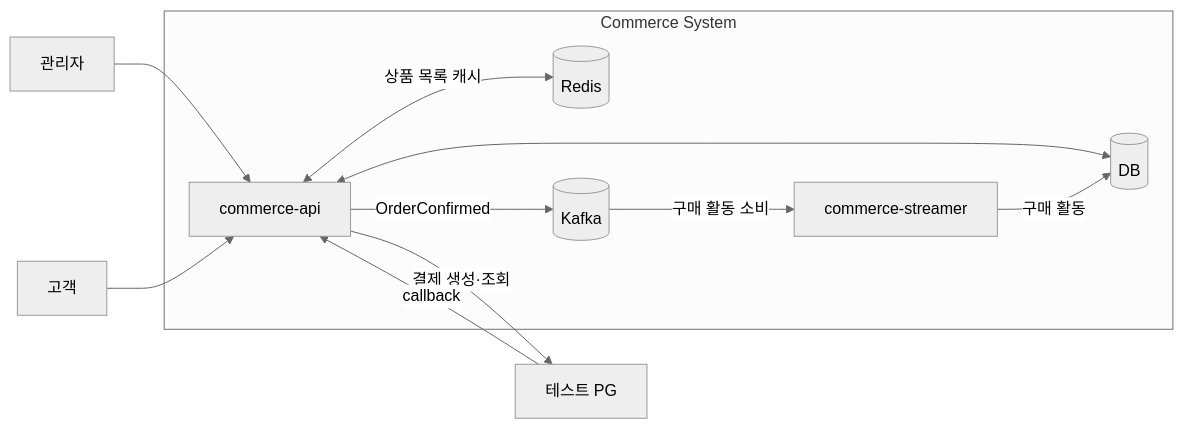
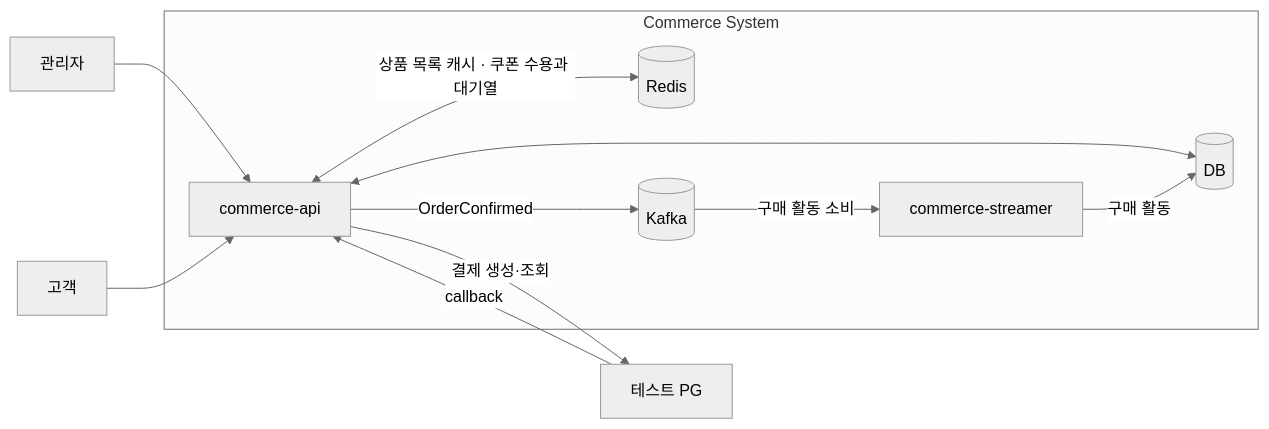
One commit to loopers-labs/loop-pack-be-l2-vol5-java changed the first of 2 diagrams in docs/system-design/system-overview.md. Above: the diagram before and after it, drawn with Mermaid (neutral theme). The commit also changed other lines of this file and 6 other files, not shown here.

````diff
--- a/docs/system-design/system-overview.md
+++ b/docs/system-design/system-overview.md
@@ -9,25 +9,25 @@
 ```mermaid
 flowchart LR
     Admin[관리자]
     Customer[고객]
 
     subgraph Commerce["Commerce System"]
         API["commerce-api"]
         DB[("DB")]
         Redis[("Redis")]
         Kafka[("Kafka")]
         Streamer["commerce-streamer"]
         API <--> DB
-        API <-->|"상품 목록 캐시"| Redis
+        API <-->|"상품 목록 캐시 · 쿠폰 수용과 대기열"| Redis
         API -->|"OrderConfirmed"| Kafka
         Kafka -->|"구매 활동 소비"| Streamer
         Streamer -->|"구매 활동"| DB
     end
 
     PG["테스트 PG"]
     API -->|"결제 생성·조회"| PG
     PG -->|"callback"| API
 
     Admin --> API
     Customer --> API
 ```
````
